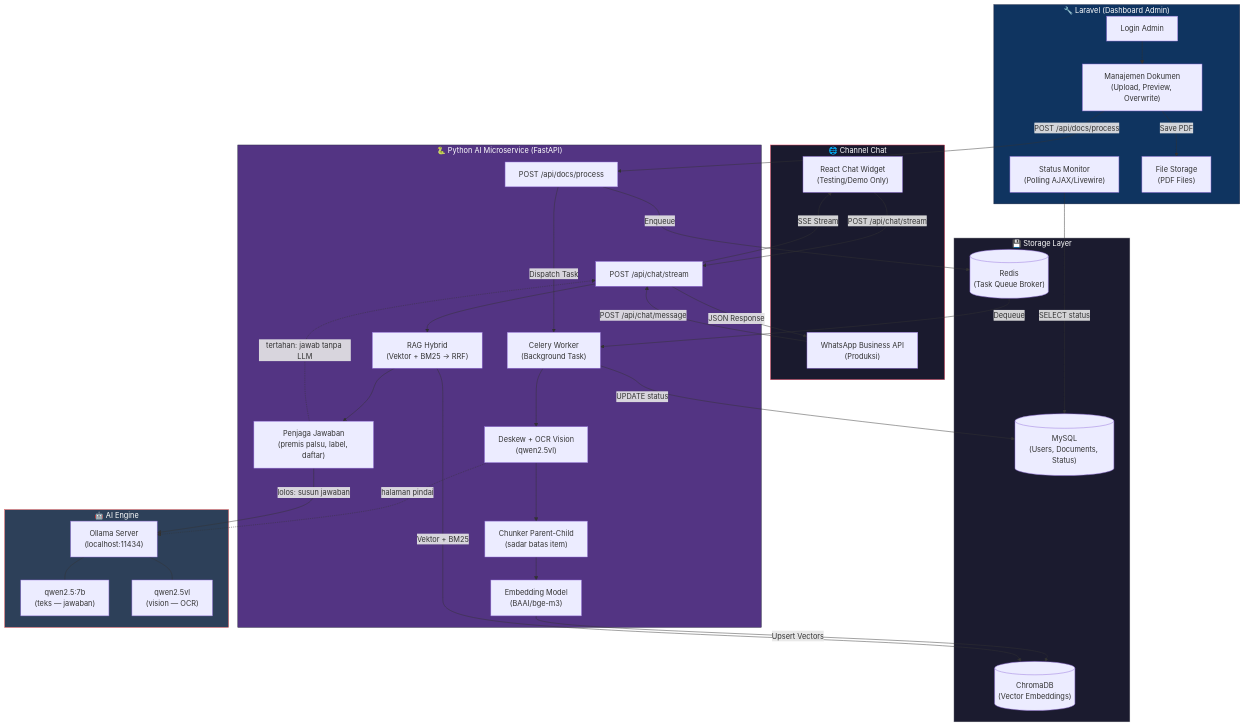
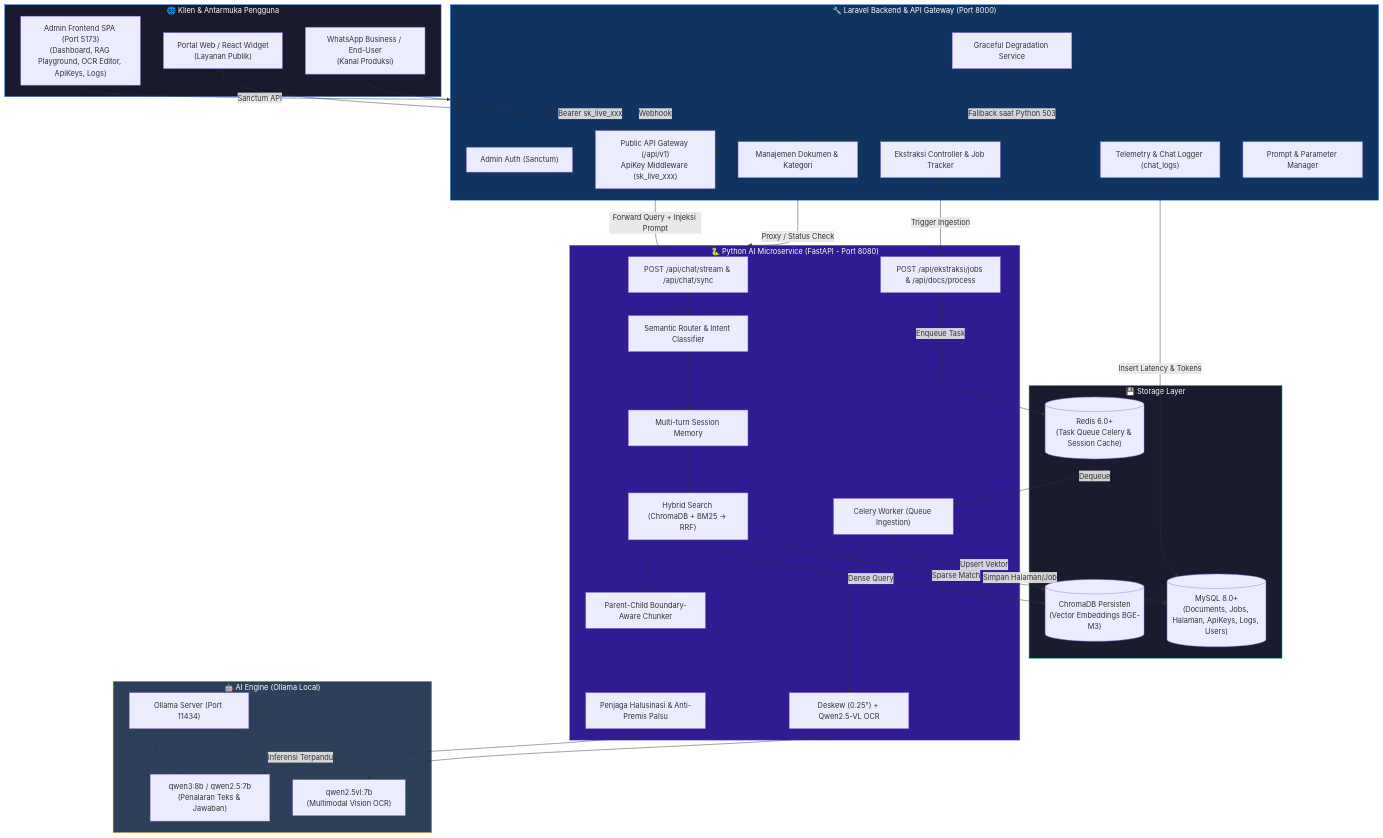
One commit to nftxvn/agentic-chatbot changed the first of 4 diagrams in docs/02-arsitektur_sistem_agentic_copilot.md. Above: the diagram before and after it, drawn with Mermaid. The commit also changed other lines of this file and 127 other files, not shown here.

Commit message:
feat(integration): perbarui arsitektur Central RAG Hub, Public API Gateway, ekstraksi bertahap, telemetri, dan dokumentasi

````diff
--- a/docs/02-arsitektur_sistem_agentic_copilot.md
+++ b/docs/02-arsitektur_sistem_agentic_copilot.md
@@ -5,74 +5,82 @@
 ```mermaid
 graph TB
-    subgraph Frontend["🌐 Channel Chat"]
-        Widget["React Chat Widget<br/>(Testing/Demo Only)"]
-        WAWebhook["WhatsApp Business API<br/>(Produksi)"]
+    subgraph Frontend["🌐 Klien & Antarmuka Pengguna"]
+        AdminSPA["Admin Frontend SPA (Port 5173)<br/>(Dashboard, RAG Playground, OCR Editor, ApiKeys, Logs)"]
+        WebWidget["Portal Web / React Widget<br/>(Layanan Publik)"]
+        WAClient["WhatsApp Business / End-User<br/>(Kanal Produksi)"]
     end
 
-    subgraph Laravel["🔧 Laravel (Dashboard Admin)"]
-        Auth["Login Admin"]
-        DocManager["Manajemen Dokumen<br/>(Upload, Preview, Overwrite)"]
-        StatusMonitor["Status Monitor<br/>(Polling AJAX/Livewire)"]
-        FileStorage["File Storage<br/>(PDF Files)"]
+    subgraph LaravelGateway["🔧 Laravel Backend & API Gateway (Port 8000)"]
+        Auth["Admin Auth (Sanctum)"]
+        APIGateway["Public API Gateway (/api/v1)<br/>ApiKey Middleware (sk_live_xxx)"]
+        DocManager["Manajemen Dokumen & Kategori"]
+        EkstraksiCtrl["Ekstraksi Controller & Job Tracker"]
+        Degradation["Graceful Degradation Service"]
+        AuditLog["Telemetry & Chat Logger (chat_logs)"]
+        SettingsMgr["Prompt & Parameter Manager"]
     end
 
-    subgraph Python["🐍 Python AI Microservice (FastAPI)"]
-        API_Doc["POST /api/docs/process"]
-        API_Chat["POST /api/chat/stream"]
-        Queue["Celery Worker<br/>(Background Task)"]
-        OCR["Deskew + OCR Vision<br/>(qwen2.5vl)"]
-        Chunker["Chunker Parent-Child<br/>(sadar batas item)"]
-        Embedder["Embedding Model<br/>(BAAI/bge-m3)"]
-        RAGChain["RAG Hybrid<br/>(Vektor + BM25 → RRF)"]
-        Guards["Penjaga Jawaban<br/>(premis palsu, label, daftar)"]
+    subgraph PythonAI["🐍 Python AI Microservice (FastAPI - Port 8080)"]
+        API_Chat["POST /api/chat/stream & /api/chat/sync"]
+        API_Ekstraksi["POST /api/ekstraksi/jobs & /api/docs/process"]
+        ToolRouter["Semantic Router & Intent Classifier"]
+        SessionMem["Multi-turn Session Memory"]
+        RAGChain["Hybrid Search (ChromaDB + BM25 → RRF)"]
+        ParentChild["Parent-Child Boundary-Aware Chunker"]
+        Guards["Penjaga Halusinasi & Anti-Premis Palsu"]
+        CeleryWorker["Celery Worker (Queue Ingestion)"]
+        VisionOCR["Deskew (0.25°) + Qwen2.5-VL OCR"]
     end
 
     subgraph Storage["💾 Storage Layer"]
-        MySQL[("MySQL<br/>(Users, Documents, Status)")]
-        ChromaDB[("ChromaDB<br/>(Vector Embeddings)")]
-        Redis[("Redis<br/>(Task Queue Broker)")]
+        MySQL[("MySQL 8.0+<br/>(Documents, Jobs, Halaman, ApiKeys, Logs, Users)")]
+        ChromaDB[("ChromaDB Persisten<br/>(Vector Embeddings BGE-M3)")]
+        Redis[("Redis 6.0+<br/>(Task Queue Celery & Session Cache)")]
     end
 
-    subgraph AI["🤖 AI Engine"]
-        Ollama["Ollama Server<br/>(localhost:11434)"]
-        Qwen["qwen2.5:7b<br/>(teks — jawaban)"]
-        QwenVL["qwen2.5vl<br/>(vision — OCR)"]
+    subgraph AI["🤖 AI Engine (Ollama Local)"]
+        Ollama["Ollama Server (Port 11434)"]
+        QwenText["qwen3:8b / qwen2.5:7b<br/>(Penalaran Teks & Jawaban)"]
+        QwenVision["qwen2.5vl:7b<br/>(Multimodal Vision OCR)"]
     end
 
-    %% Admin Flow
-    Auth --> DocManager
-    DocManager -->|"Save PDF"| FileStorage
-    DocManager -->|"POST /api/docs/process"| API_Doc
-    API_Doc -->|"Dispatch Task"| Queue
-    Queue --> OCR
-    OCR -.->|"halaman pindai"| Ollama
-    Ollama --- QwenVL
-    OCR --> Chunker
-    Chunker --> Embedder
-    Embedder -->|"Upsert Vectors"| ChromaDB
-    Queue -->|"UPDATE status"| MySQL
-    StatusMonitor -->|"SELECT status"| MySQL
+    %% Relasi Frontend & Gateway
+    AdminSPA -->|"Sanctum API"| LaravelGateway
+    WebWidget -->|"Bearer sk_live_xxx"| APIGateway
+    WAClient -->|"Webhook"| APIGateway
 
-    %% Chat Flow (Testing - React Widget)
-    Widget -->|"POST /api/chat/stream"| API_Chat
-    %% Chat Flow (Produksi - WhatsApp)
-    WAWebhook -->|"POST /api/chat/message"| API_Chat
-    API_Chat --> RAGChain
-    RAGChain -->|"Vektor + BM25"| ChromaDB
-    RAGChain --> Guards
-    Guards -->|"lolos: susun jawaban"| Ollama
-    Guards -.->|"tertahan: jawab tanpa LLM"| API_Chat
-    Ollama --- Qwen
-    API_Chat -->|"SSE Stream"| Widget
-    API_Chat -->|"JSON Response"| WAWebhook
+    %% Gateway ke Python AI
+    APIGateway -->|"Forward Query + Injeksi Prompt"| API_Chat
+    EkstraksiCtrl -->|"Trigger Ingestion"| API_Ekstraksi
+    DocManager -->|"Proxy / Status Check"| PythonAI
 
-    %% Queue Broker
-    API_Doc -->|"Enqueue"| Redis
-    Redis -->|"Dequeue"| Queue
+    %% Python AI Internal
+    API_Chat --> ToolRouter
+    ToolRouter --> SessionMem
+    SessionMem --> RAGChain
+    RAGChain --> ParentChild
+    ParentChild --> Guards
+    Guards -->|"Inferensi Terpandu"| QwenText
+    Ollama --- QwenText
+    Ollama --- QwenVision
 
-    style Frontend fill:#1a1a2e,stroke:#e94560,color:#fff
-    style Laravel fill:#0f3460,stroke:#16213e,color:#fff
-    style Python fill:#533483,stroke:#2b2d42,color:#fff
-    style Storage fill:#1b1b2f,stroke:#e2e2e2,color:#fff
-    style AI fill:#2d4059,stroke:#ea5455,color:#fff
+    %% Celery Ingestion
+    API_Ekstraksi -->|"Enqueue Task"| Redis
+    Redis -->|"Dequeue"| CeleryWorker
+    CeleryWorker --> VisionOCR
+    VisionOCR --> QwenVision
+    CeleryWorker -->|"Simpan Halaman/Job"| MySQL
+    CeleryWorker -->|"Upsert Vektor"| ChromaDB
+
+    %% Storage & Logs
+    RAGChain -->|"Dense Query"| ChromaDB
+    RAGChain -->|"Sparse Match"| MySQL
+    AuditLog -->|"Insert Latency & Tokens"| MySQL
+    Degradation -.->|"Fallback saat Python 503"| APIGateway
+
+    style Frontend fill:#1a1a2e,stroke:#3b82f6,color:#fff
+    style LaravelGateway fill:#0f3460,stroke:#3b82f6,color:#fff
+    style PythonAI fill:#311b92,stroke:#8b5cf6,color:#fff
+    style Storage fill:#1b1b2f,stroke:#10b981,color:#fff
+    style AI fill:#2d4059,stroke:#f59e0b,color:#fff
 ```
````
